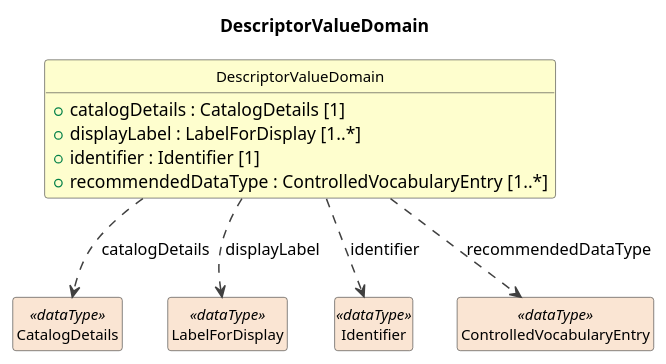
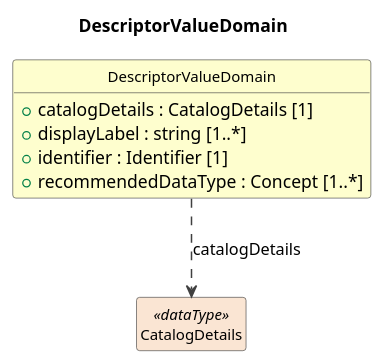
One commit to Cross-Domain-Interoperability-Framework/metadataBuildingBlocks changed the diagram in build/field-level-documentation/CDIFDataStructure/Classes/DescriptorValueDomain.pu. Above: the diagram before and after it, drawn with PlantUML. The commit also changed 237 other files, not shown here.

```diff
--- a/build/field-level-documentation/CDIFDataStructure/Classes/DescriptorValueDomain.pu
+++ b/build/field-level-documentation/CDIFDataStructure/Classes/DescriptorValueDomain.pu
@@ -1,28 +1,22 @@
 @startuml
 title DescriptorValueDomain
 hide circle
 hide empty members
 skinparam shadowing false
 skinparam ArrowThickness 1.2
 skinparam class {
   ArrowColor #404040
   BorderColor #404040
   FontSize 12
 }
 
 class "DescriptorValueDomain" as DescriptorValueDomain #FEFECE {
   +catalogDetails : CatalogDetails [1]
-  +displayLabel : LabelForDisplay [1..*]
+  +displayLabel : string [1..*]
   +identifier : Identifier [1]
-  +recommendedDataType : ControlledVocabularyEntry [1..*]
+  +recommendedDataType : Concept [1..*]
 }
 class "CatalogDetails" as CatalogDetails <<dataType>> #FAE5D3
 DescriptorValueDomain ..> CatalogDetails : catalogDetails
-class "LabelForDisplay" as LabelForDisplay <<dataType>> #FAE5D3
-DescriptorValueDomain ..> LabelForDisplay : displayLabel
-class "Identifier" as Identifier <<dataType>> #FAE5D3
-DescriptorValueDomain ..> Identifier : identifier
-class "ControlledVocabularyEntry" as ControlledVocabularyEntry <<dataType>> #FAE5D3
-DescriptorValueDomain ..> ControlledVocabularyEntry : recommendedDataType
 
 @enduml
```
